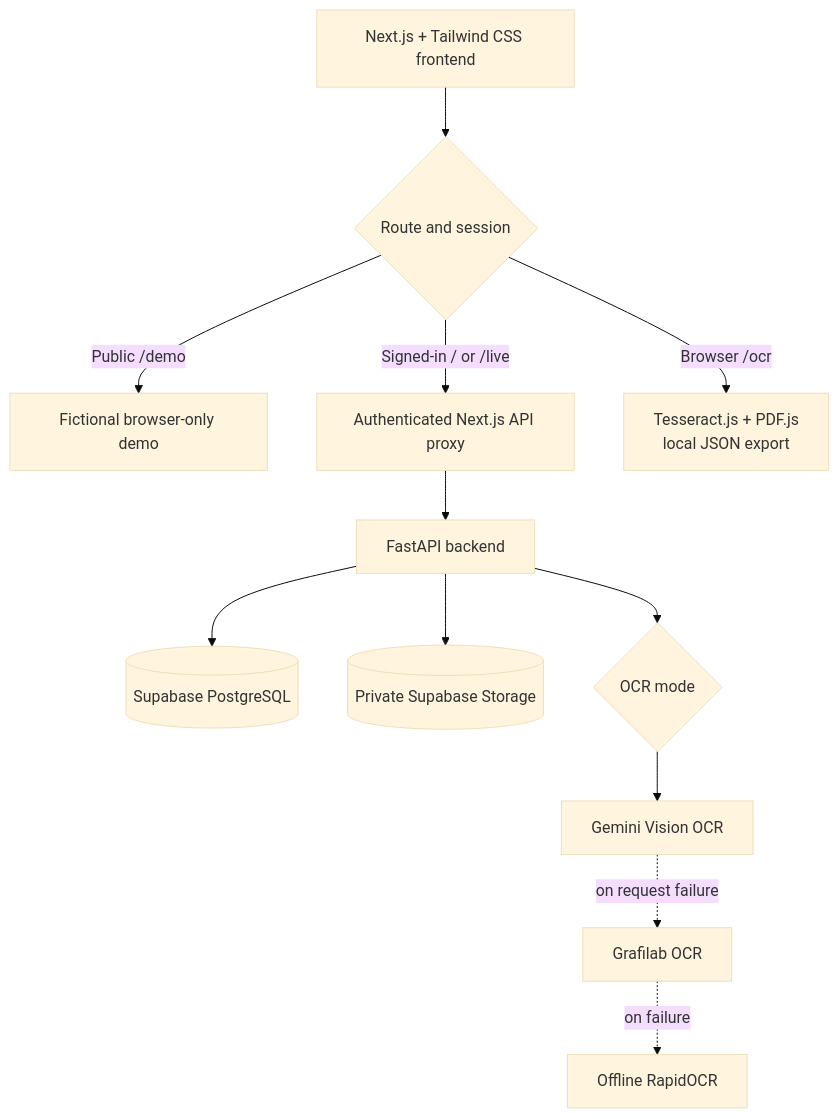
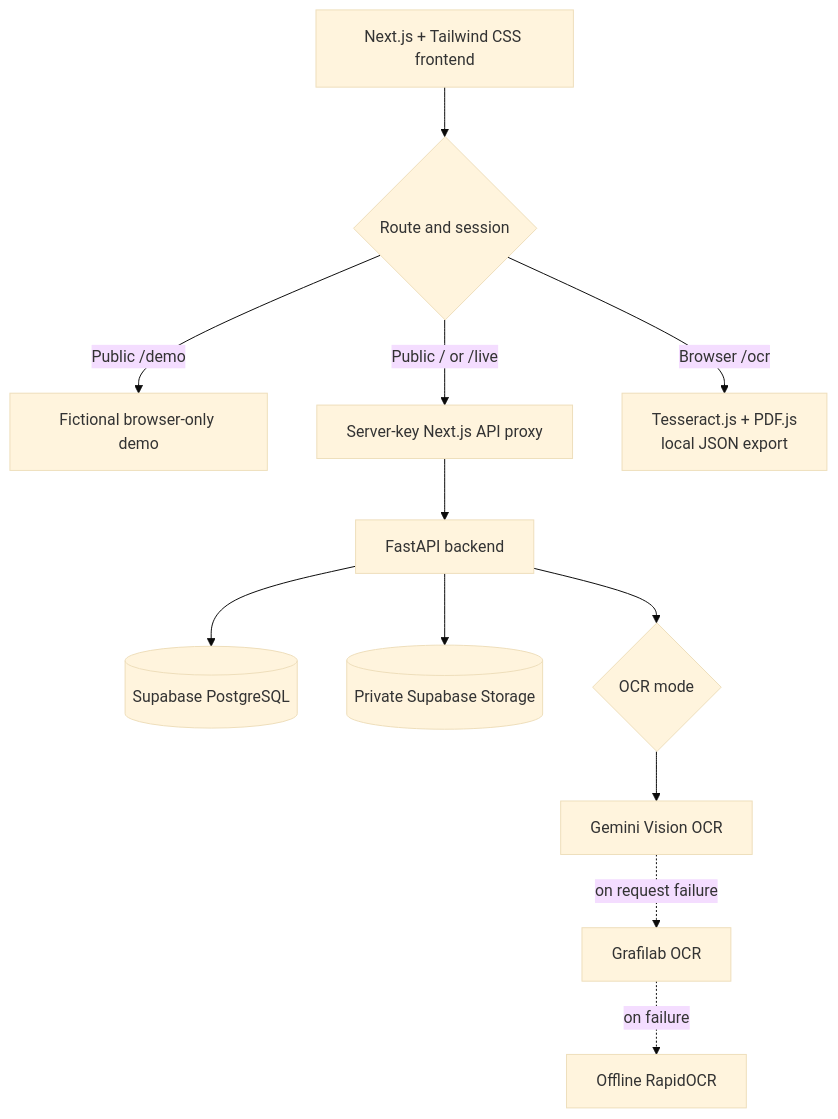
Before and after one commit to nestchao/ESG-Passport: the second of 2 diagrams in README.md, drawn with Mermaid (base theme). The commit also changed other lines of this file, not shown here.

````diff
--- a/README.md
+++ b/README.md
@@ -117,15 +117,15 @@
 ```mermaid
 flowchart TB
     Browser["Next.js + Tailwind CSS frontend"] --> Gate{"Route and session"}
     Gate -->|"Public /demo"| Demo["Fictional browser-only demo"]
 
-    Gate -->|"Signed-in / or /live"| Proxy["Authenticated Next.js API proxy"]
+    Gate -->|"Public / or /live"| Proxy["Server-key Next.js API proxy"]
     Proxy --> API["FastAPI backend"]
     API --> DB[("Supabase PostgreSQL")]
     API --> Files[("Private Supabase Storage")]
     API --> OCR{"OCR mode"}
     OCR --> Gemini["Gemini Vision OCR"]
     Gemini -. "on request failure" .-> Grafilab["Grafilab OCR"]
     Grafilab -. "on failure" .-> Rapid["Offline RapidOCR"]
     Gate -->|"Browser /ocr"| Local["Tesseract.js + PDF.js<br/>local JSON export"]
 ```
````
